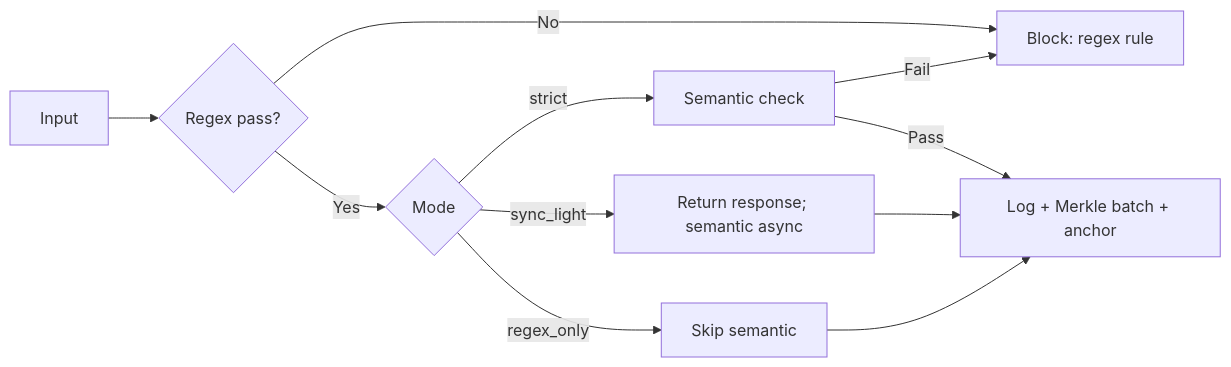
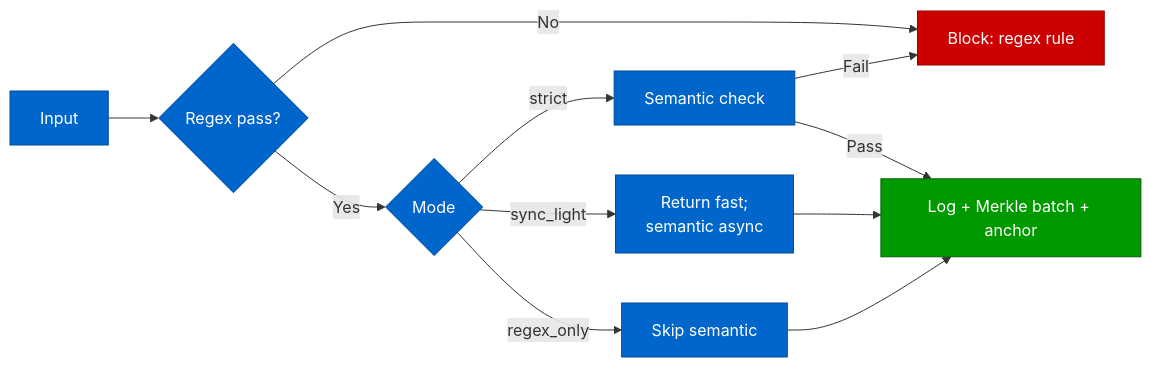
One commit to jebus197/CANDELA changed the second of 2 diagrams in docs/diagrams.md. Above: the diagram before and after it, drawn with Mermaid. The commit also changed other lines of this file, not shown here.

Commit message:
Docs: colorized Mermaid and descriptions for diagrams

````diff
--- a/docs/diagrams.md
+++ b/docs/diagrams.md
@@ -36,13 +41,17 @@
 ```mermaid
 flowchart LR
-    A[Input] --> B{Regex pass?}
-    B -->|No| X[Block: regex rule]
-    B -->|Yes| C{Mode}
-    C -->|strict| D[Semantic check]
-    C -->|sync_light| E[Return response; semantic async]
-    C -->|regex_only| F[Skip semantic]
+    classDef blue fill:#0066cc,stroke:#004c99,color:white;
+    classDef green fill:#009900,stroke:#006600,color:white;
+    classDef red fill:#cc0000,stroke:#990000,color:white;
+
+    A[Input]:::blue --> B{Regex pass?}:::blue
+    B -->|No| X[Block: regex rule]:::red
+    B -->|Yes| C{Mode}:::blue
+    C -->|strict| D[Semantic check]:::blue
+    C -->|sync_light| E[Return fast;<br/>semantic async]:::blue
+    C -->|regex_only| F[Skip semantic]:::blue
     D -->|Fail| X
-    D -->|Pass| G[Log + Merkle batch + anchor]
+    D -->|Pass| G[Log + Merkle batch + anchor]:::green
     E --> G
     F --> G
 ```
````
